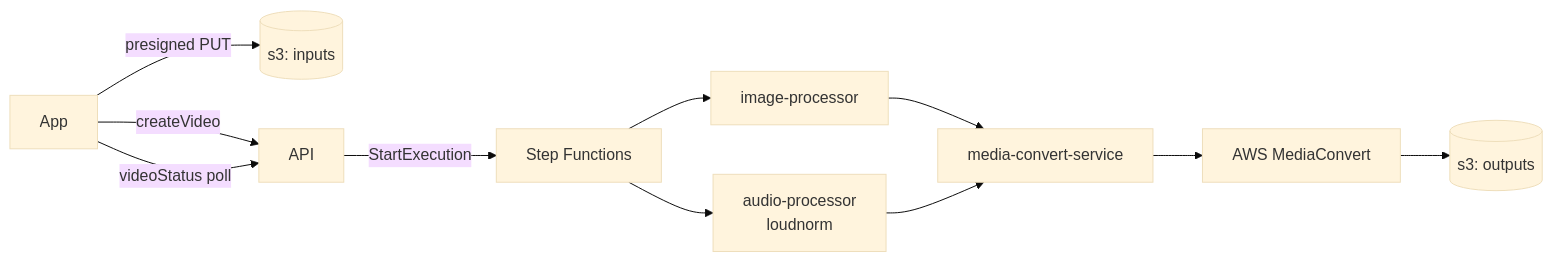
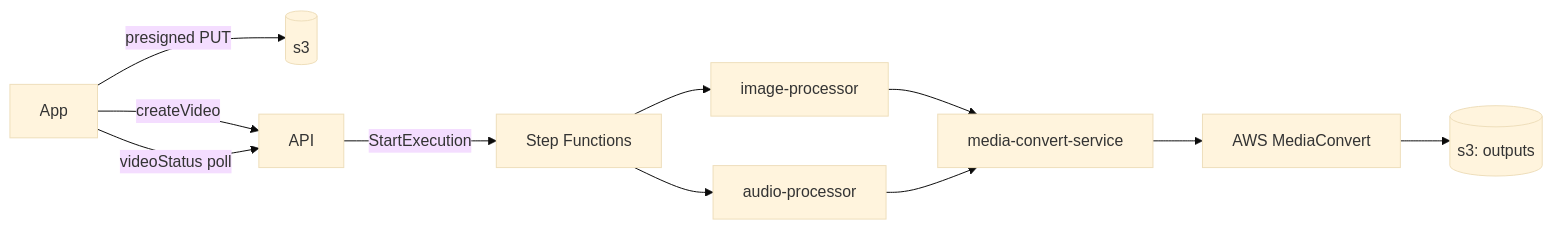
The diagram in README.md (GiftMk/cheffhat), drawn with Mermaid (base theme) before and after one commit. The commit also changed other lines of this file, not shown here.

````diff
--- a/README.md
+++ b/README.md
@@ -14,13 +13,13 @@
 ```mermaid
 flowchart LR
-  App -->|presigned PUT| S3in[(s3: inputs)]
+  App -->|presigned PUT| S3in[(s3)]
   App -->|createVideo| API
   API -->|StartExecution| SFN[Step Functions]
   SFN --> IMG[image-processor]
-  SFN --> AUD[audio-processor<br/>loudnorm]
+  SFN --> AUD[audio-processor]
   IMG --> MC[media-convert-service]
   AUD --> MC
   MC --> EMC[AWS MediaConvert]
   EMC --> S3out[(s3: outputs)]
   App -->|videoStatus poll| API
 ```
````
